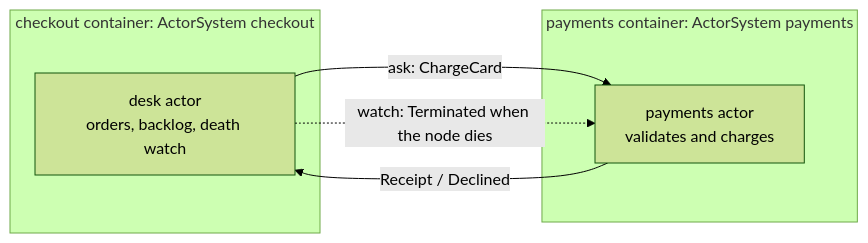
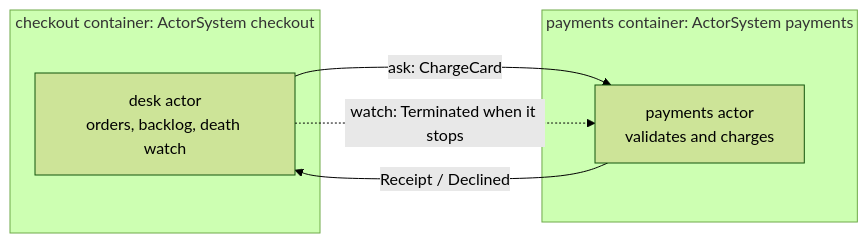
The diagram in examples/remoting/README.md (Tochemey/nodeakt), drawn with Mermaid (forest theme) before and after one commit. The commit also changed other lines of this file and 4 other files, not shown here.

````diff
--- a/examples/remoting/README.md
+++ b/examples/remoting/README.md
@@ -5,12 +5,12 @@
 ```mermaid
 flowchart LR
   subgraph co["checkout container: ActorSystem checkout"]
     desk["desk actor<br/>orders, backlog, death watch"]
   end
   subgraph pa["payments container: ActorSystem payments"]
     pay["payments actor<br/>validates and charges"]
   end
   desk -->|"ask: ChargeCard"| pay
   pay -->|"Receipt / Declined"| desk
-  desk -.->|"watch: Terminated when the node dies"| pay
+  desk -.->|"watch: Terminated when it stops"| pay
 ```
````
